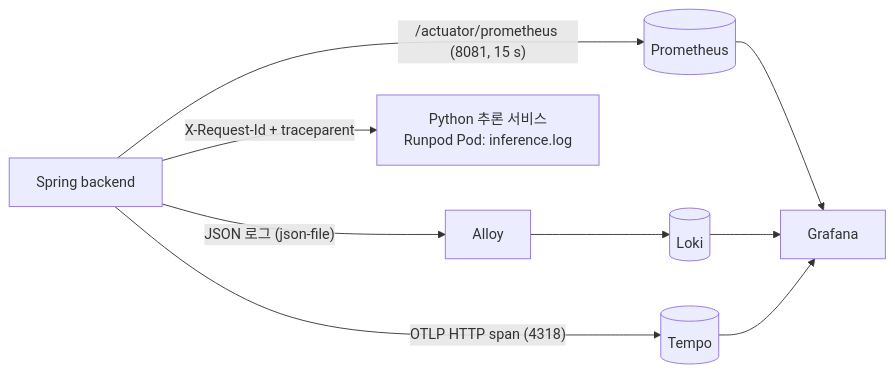
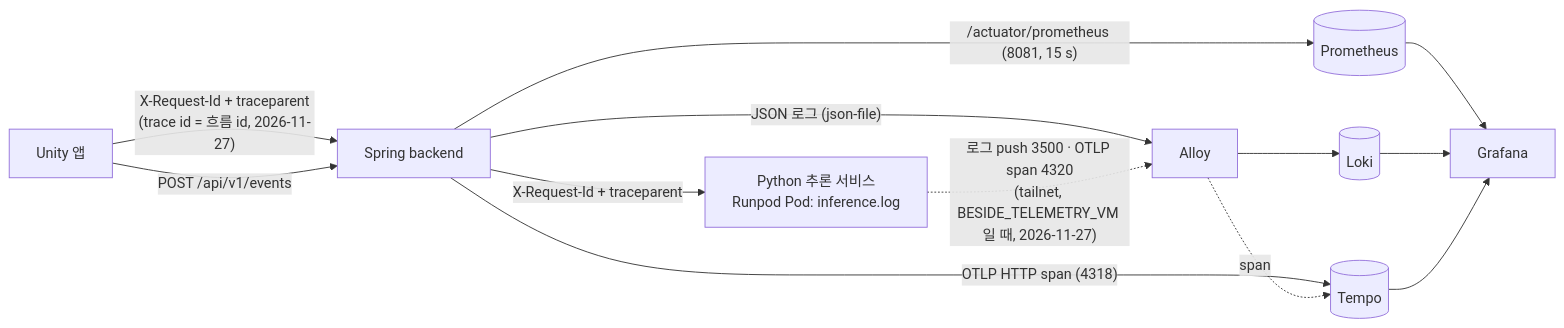
Before and after one commit to minwoo3717/Beside: the fourth of 4 diagrams in docs/ARCHITECTURE.md, drawn with Mermaid. The commit also changed other lines of this file and 3 other files, not shown here.

First line of the commit message:
docs: [Contract] METRICS §5·§6·CONTRACT §6·ARCHITECTURE·추론 README 를 새 구조로 — p50 버킷·한 trace·이벤트 15종·퍼널 새 필드·Python span (C0·E5)

````diff
--- a/docs/ARCHITECTURE.md
+++ b/docs/ARCHITECTURE.md
@@ -159,8 +159,12 @@
 ```mermaid
 flowchart LR
+  U[Unity 앱] -- "X-Request-Id + traceparent<br/>(trace id = 흐름 id, 2026-11-27)" --> B
+  U -- "POST /api/v1/events" --> B
   B[Spring backend] -- "/actuator/prometheus (8081, 15 s)" --> P[(Prometheus)]
   B -- "JSON 로그 (json-file)" --> A[Alloy] --> L[(Loki)]
   B -- "OTLP HTTP span (4318)" --> T[(Tempo)]
   B -- "X-Request-Id + traceparent" --> I[Python 추론 서비스<br/>Runpod Pod: inference.log]
+  I -. "로그 push 3500 · OTLP span 4320<br/>(tailnet, BESIDE_TELEMETRY_VM 일 때, 2026-11-27)" .-> A
+  A -. "span" .-> T
   P & L & T --> G[Grafana]
 ```
````
